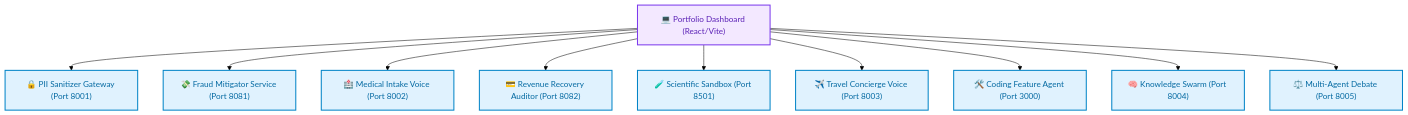
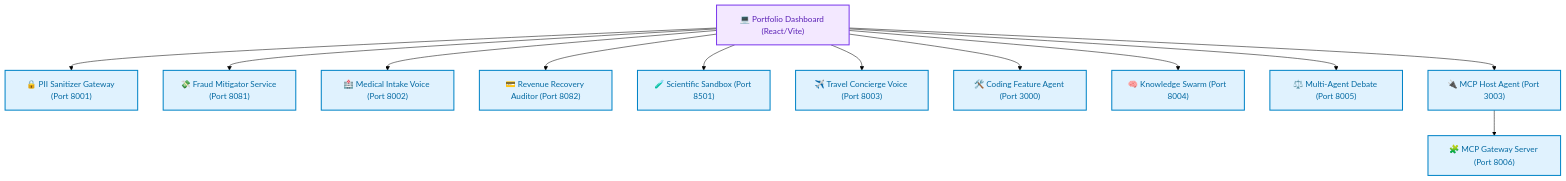
One commit to akmalkhaniub/agentic-apps-portfolio changed the diagram in README.md. Above: the diagram before and after it, drawn with Mermaid (forest theme). The commit also changed other lines of this file and 27 other files, not shown here.

First line of the commit message:
feat: MCP Tool Gateway (server + host demo) (#1)

````diff
--- a/README.md
+++ b/README.md
@@ -22,19 +22,21 @@
 ```mermaid
 graph TD
     classDef ui fill:#f3e8ff,stroke:#7c3aed,stroke-width:2px,color:#5b21b6;
     classDef port fill:#e0f2fe,stroke:#0284c7,stroke-width:2px,color:#0369a1;
     classDef agent fill:#fff7ed,stroke:#ea580c,stroke-width:2px,color:#9a3412;
 
     UI["💻 Portfolio Dashboard (React/Vite)"] --> P8001["🔒 PII Sanitizer Gateway (Port 8001)"]
     UI --> P8081["💸 Fraud Mitigator Service (Port 8081)"]
     UI --> P8002["🏥 Medical Intake Voice (Port 8002)"]
     UI --> P8082["💳 Revenue Recovery Auditor (Port 8082)"]
     UI --> P8501["🧪 Scientific Sandbox (Port 8501)"]
     UI --> P8003["✈️ Travel Concierge Voice (Port 8003)"]
     UI --> P3000["🛠️ Coding Feature Agent (Port 3000)"]
     UI --> P8004["🧠 Knowledge Swarm (Port 8004)"]
     UI --> P8005["⚖️ Multi-Agent Debate (Port 8005)"]
+    UI --> P3003["🔌 MCP Host Agent (Port 3003)"]
+    P3003 --> P8006["🧩 MCP Gateway Server (Port 8006)"]
 
     class UI ui;
-    class P8001,P8081,P8002,P8082,P8501,P8003,P3000,P8004,P8005 port;
+    class P8001,P8081,P8002,P8082,P8501,P8003,P3000,P8004,P8005,P3003,P8006 port;
 ```
````
